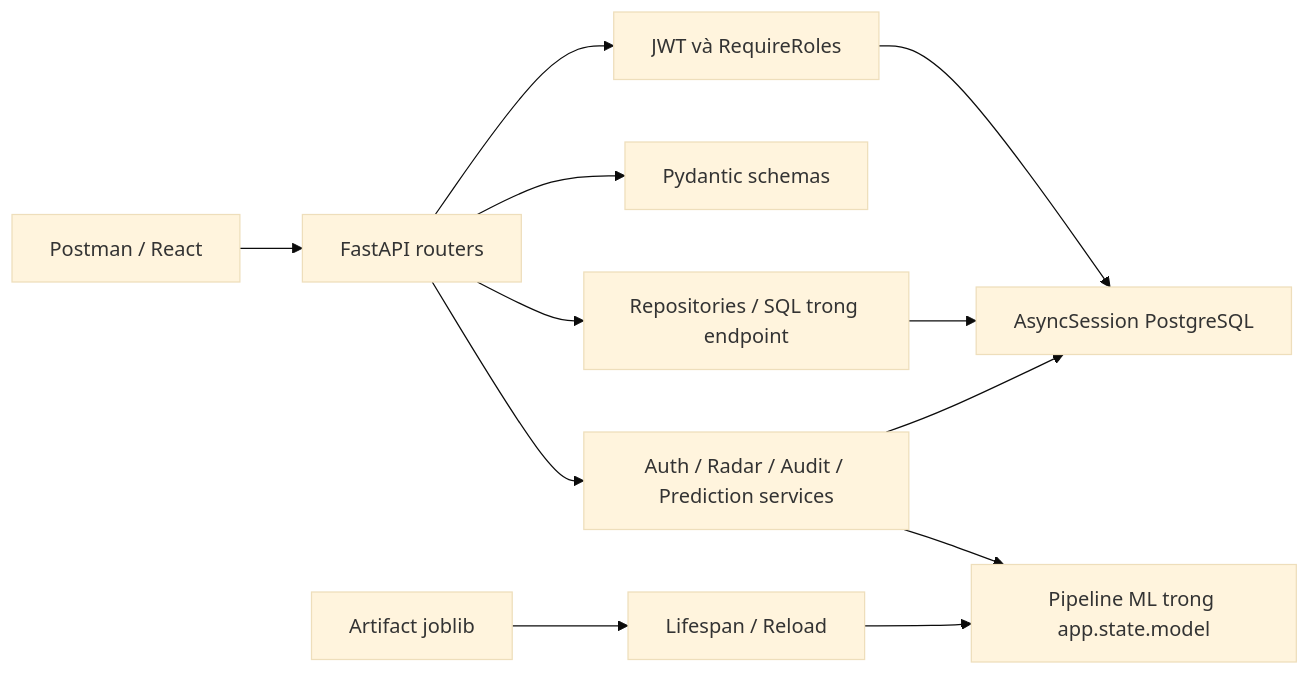
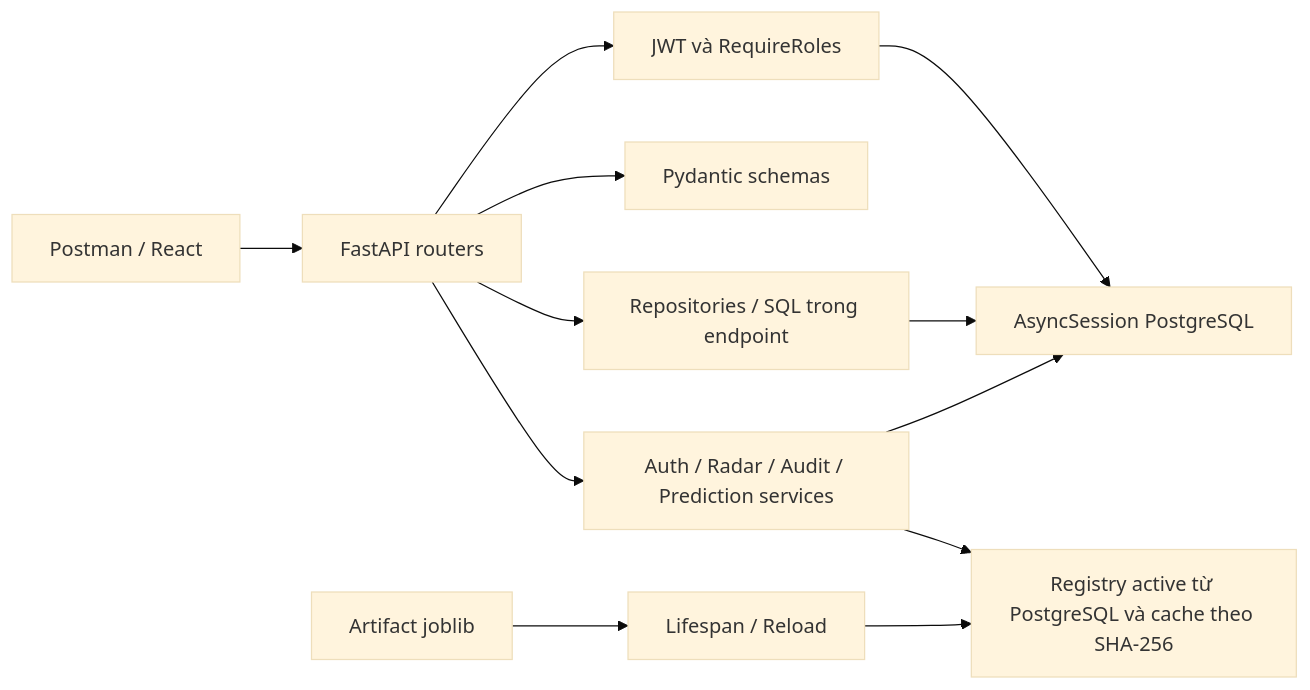
Before and after one commit to phantrongnguyen/personalized-learning: the first of 2 diagrams in apps/backend/README.md, drawn with Mermaid (base theme). The commit also changed other lines of this file and 10 other files, not shown here.

````diff
--- a/apps/backend/README.md
+++ b/apps/backend/README.md
@@ -123,14 +139,14 @@
 ```mermaid
 flowchart LR
     C[Postman / React] --> A[FastAPI routers]
     A --> P[JWT và RequireRoles]
     P --> D[AsyncSession PostgreSQL]
     A --> V[Pydantic schemas]
     A --> R[Repositories / SQL trong endpoint]
     R --> D
     A --> S[Auth / Radar / Audit / Prediction services]
     S --> D
-    S --> M[Pipeline ML trong app.state.model]
+    S --> M[Registry active từ PostgreSQL và cache theo SHA-256]
     L[Lifespan / Reload] --> M
     J[Artifact joblib] --> L
 ```
````
